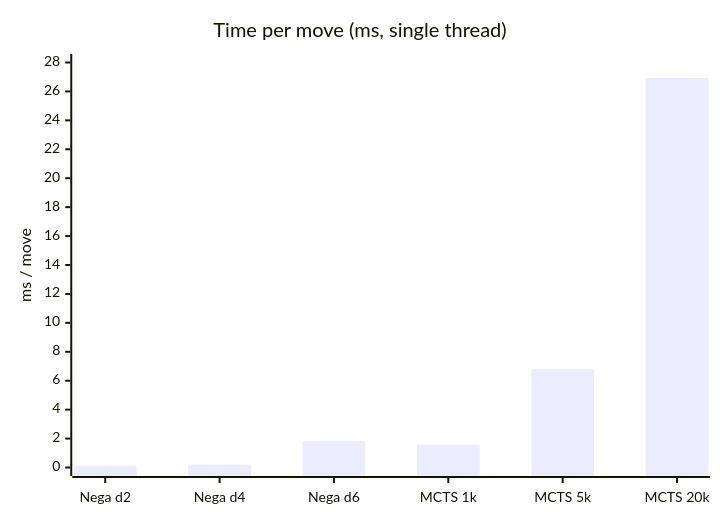
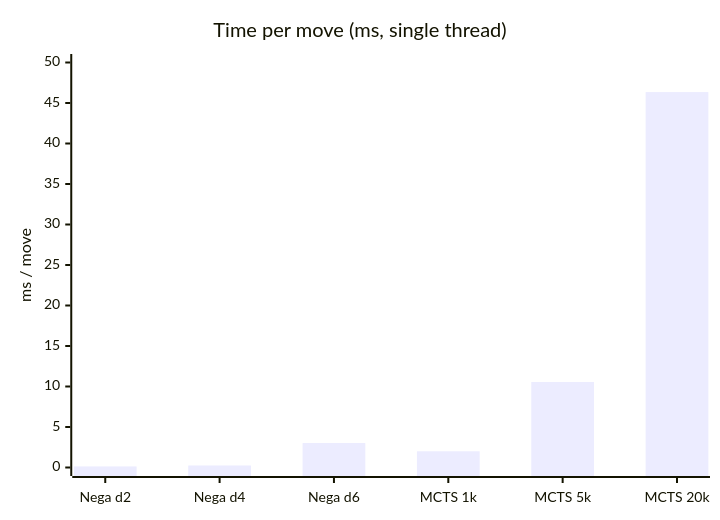
Before and after one commit to nehalban/Ultimate-Tic-Tac-Toe: the first of 2 diagrams in PERFORMANCE.md, drawn with Mermaid. The commit also changed other lines of this file and 5 other files, not shown here.

````diff
--- a/PERFORMANCE.md
+++ b/PERFORMANCE.md
@@ -136,7 +136,7 @@
 ```mermaid
 xychart-beta
     title "Time per move (ms, single thread)"
     x-axis ["Nega d2", "Nega d4", "Nega d6", "MCTS 1k", "MCTS 5k", "MCTS 20k"]
-    y-axis "ms / move" 0 --> 28
-    bar [0.12, 0.21, 1.84, 1.58, 6.79, 26.93]
+    y-axis "ms / move" 0 --> 50
+    bar [0.13, 0.25, 3.02, 2.00, 10.56, 46.35]
 ```
````
